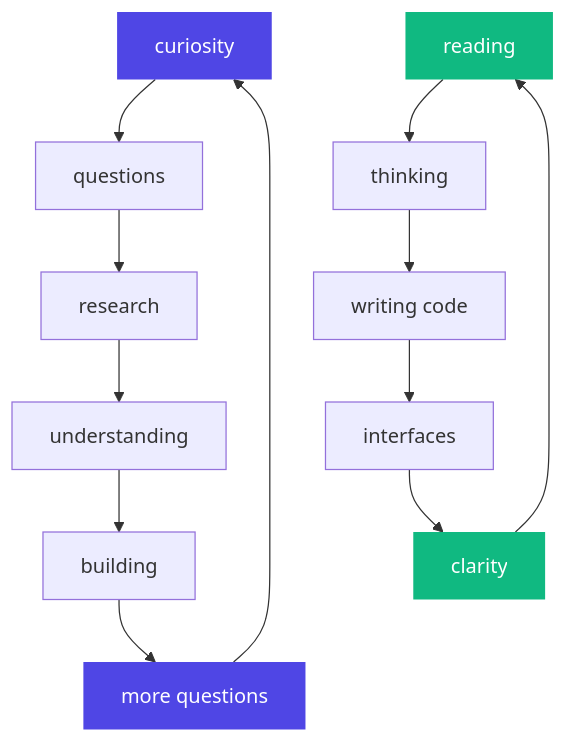
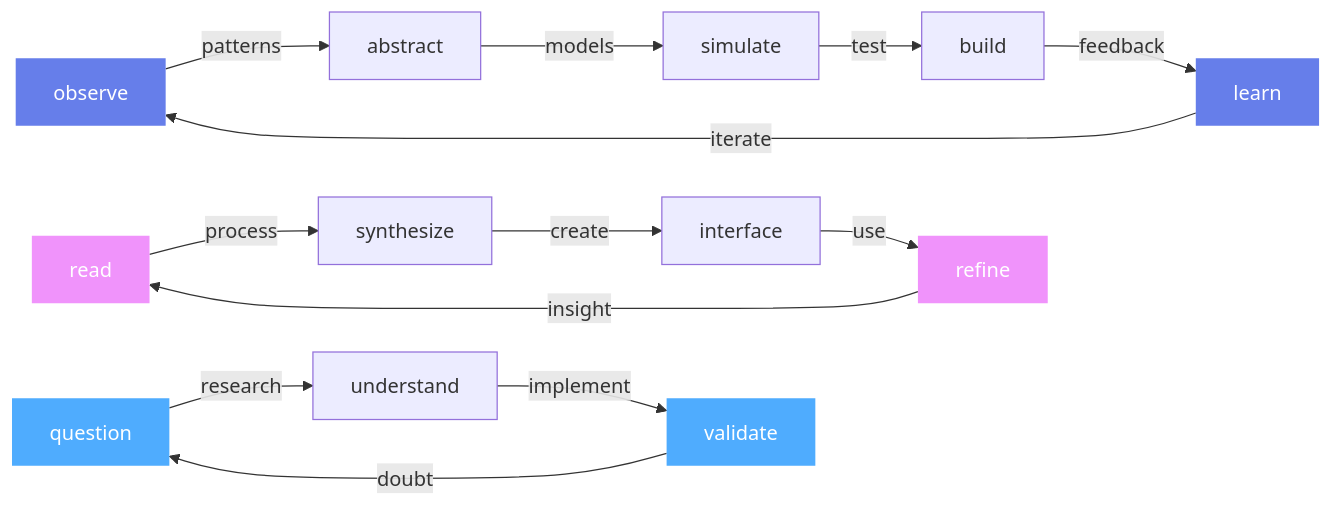
Before and after one commit to 8harath/8harath: the diagram in readme.md, drawn with Mermaid. The commit also changed other lines of this file, not shown here.

````diff
--- a/readme.md
+++ b/readme.md
@@ -129,20 +114,24 @@
 ```mermaid
-flowchart TD
-    A[curiosity] --> B[questions]
-    B --> C[research]
-    C --> D[understanding]
-    D --> E[building]
-    E --> F[more questions]
-    F --> A
+graph LR
+    A[observe] -->|patterns| B[abstract]
+    B -->|models| C[simulate]
+    C -->|test| D[build]
+    D -->|feedback| E[learn]
+    E -->|iterate| A
     
-    G[reading] --> H[thinking]
-    H --> I[writing code]
-    I --> J[interfaces]
-    J --> K[clarity]
-    K --> G
+    F[read] -->|process| G[synthesize]
+    G -->|create| H[interface]
+    H -->|use| I[refine]
+    I -->|insight| F
     
-    style A fill:#4f46e5,stroke:none,color:#ffffff
-    style F fill:#4f46e5,stroke:none,color:#ffffff
-    style K fill:#10b981,stroke:none,color:#ffffff
-    style G fill:#10b981,stroke:none,color:#ffffff
+    J[question] -->|research| K[understand]
+    K -->|implement| L[validate]
+    L -->|doubt| J
+    
+    style A fill:#667eea,stroke:none,color:#ffffff
+    style E fill:#667eea,stroke:none,color:#ffffff
+    style I fill:#f093fb,stroke:none,color:#ffffff  
+    style F fill:#f093fb,stroke:none,color:#ffffff
+    style J fill:#4facfe,stroke:none,color:#ffffff
+    style L fill:#4facfe,stroke:none,color:#ffffff
 ```
````
